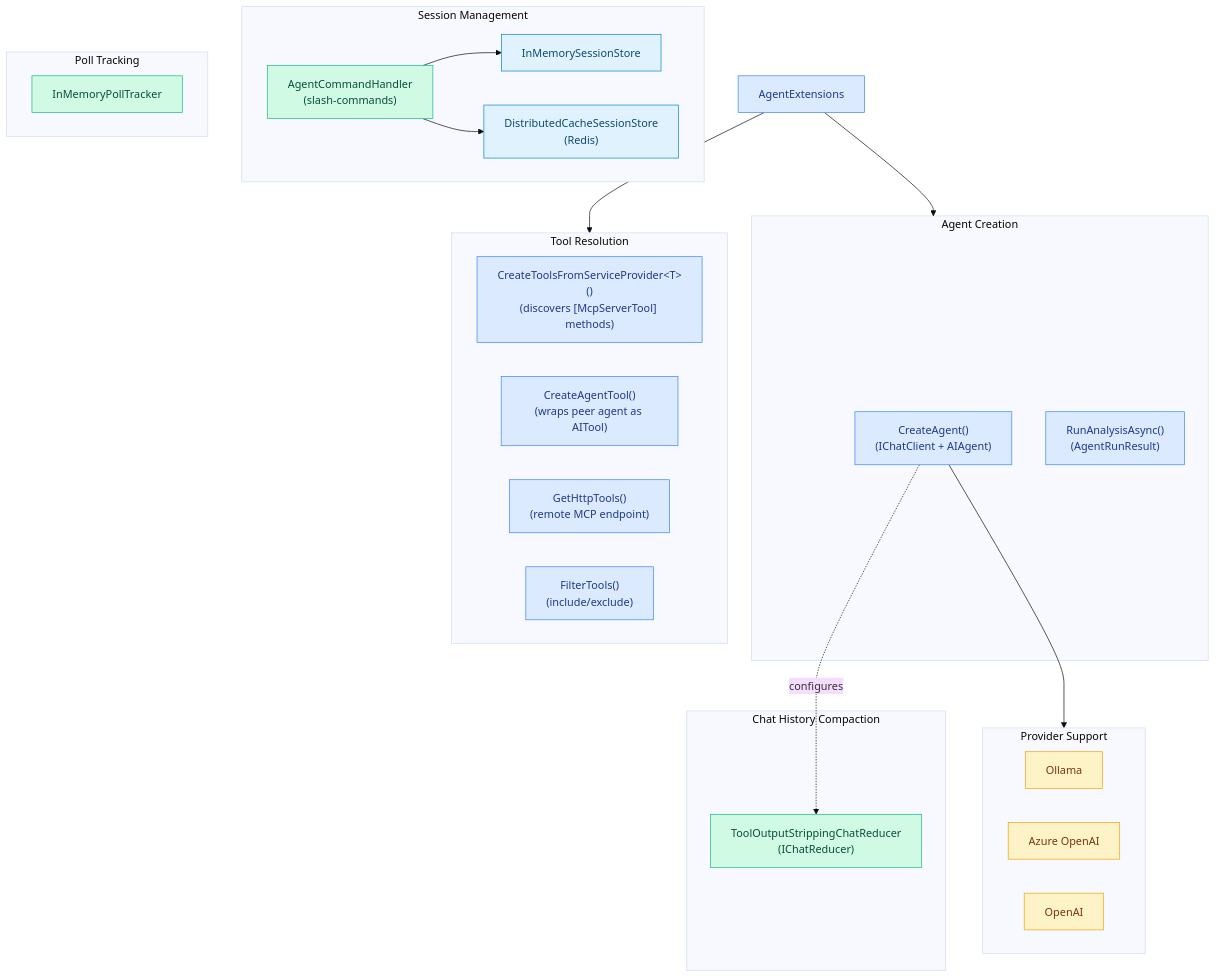
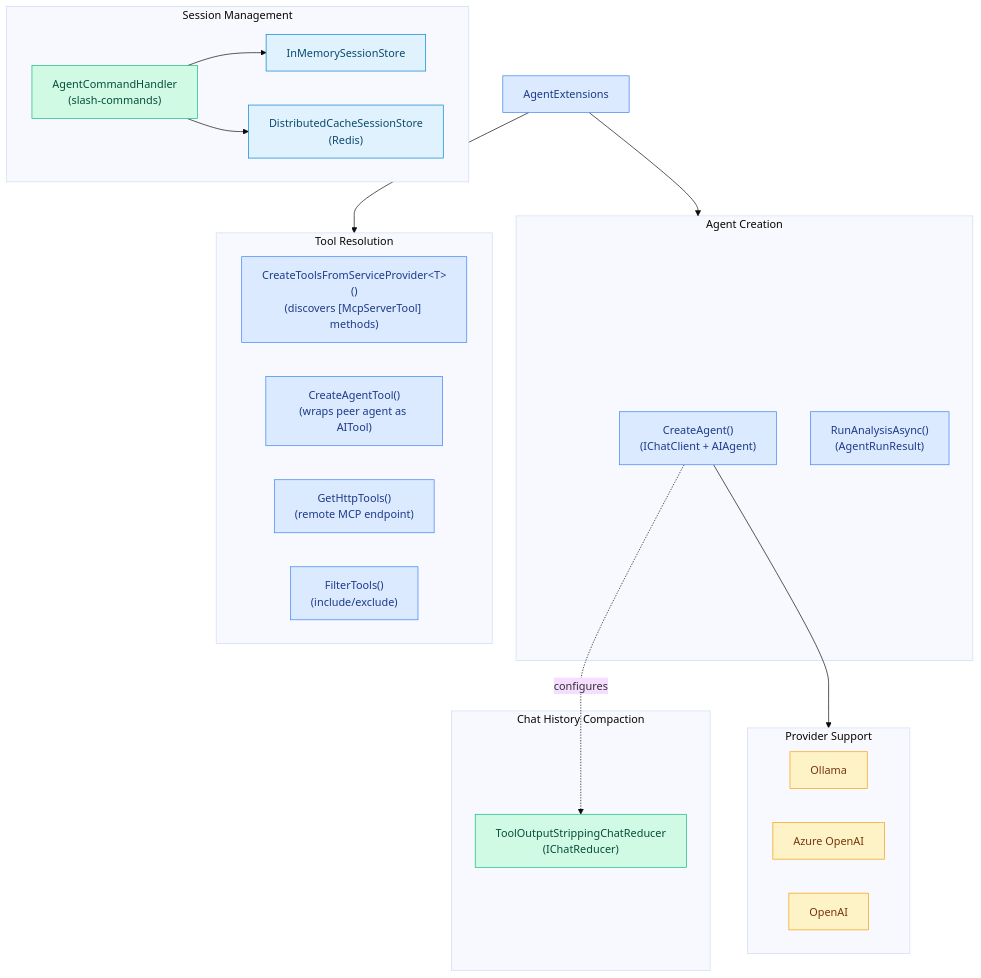
One commit to f2calv/CasCap.Common changed the diagram in src/CasCap.Common.AI/README.md. Above: the diagram before and after it, drawn with Mermaid (base theme). The commit also changed other lines of this file and 5 other files, not shown here.

````diff
--- a/src/CasCap.Common.AI/README.md
+++ b/src/CasCap.Common.AI/README.md
@@ -83,48 +79,44 @@
 ```mermaid
 graph TD
     classDef core fill:#dbeafe,stroke:#3b82f6,color:#1e3a8a
     classDef service fill:#d1fae5,stroke:#10b981,color:#064e3b
     classDef config fill:#fef3c7,stroke:#f59e0b,color:#78350f
     classDef store fill:#e0f2fe,stroke:#0284c7,color:#0c4a6e
 
     AE["AgentExtensions"]:::core
 
     subgraph AgentCreation["Agent Creation"]
         CREATE["CreateAgent()<br/>(IChatClient + AIAgent)"]:::core
         RUN["RunAnalysisAsync()<br/>(AgentRunResult)"]:::core
     end
 
     subgraph ToolResolution["Tool Resolution"]
         SVC_TOOLS["CreateToolsFromServiceProvider&lt;T&gt;()<br/>(discovers [McpServerTool] methods)"]:::core
         AGENT_TOOL["CreateAgentTool()<br/>(wraps peer agent as AITool)"]:::core
         HTTP_TOOLS["GetHttpTools()<br/>(remote MCP endpoint)"]:::core
         FILTER["FilterTools()<br/>(include/exclude)"]:::core
     end
 
     subgraph Providers["Provider Support"]
         OLLAMA["Ollama"]:::config
         AZURE["Azure OpenAI"]:::config
         OPENAI["OpenAI"]:::config
     end
 
     subgraph SessionMgmt["Session Management"]
         CMD["AgentCommandHandler<br/>(slash-commands)"]:::service
         MEM_STORE["InMemorySessionStore"]:::store
         DIST_STORE["DistributedCacheSessionStore<br/>(Redis)"]:::store
     end
 
     subgraph Compaction["Chat History Compaction"]
         REDUCER["ToolOutputStrippingChatReducer<br/>(IChatReducer)"]:::service
     end
 
-    subgraph Polling["Poll Tracking"]
-        POLL["InMemoryPollTracker"]:::service
-    end
-
     AE --> AgentCreation
     AE --> ToolResolution
     CREATE --> Providers
     CREATE -.configures.-> REDUCER
     CMD --> MEM_STORE
     CMD --> DIST_STORE
 ```
````
